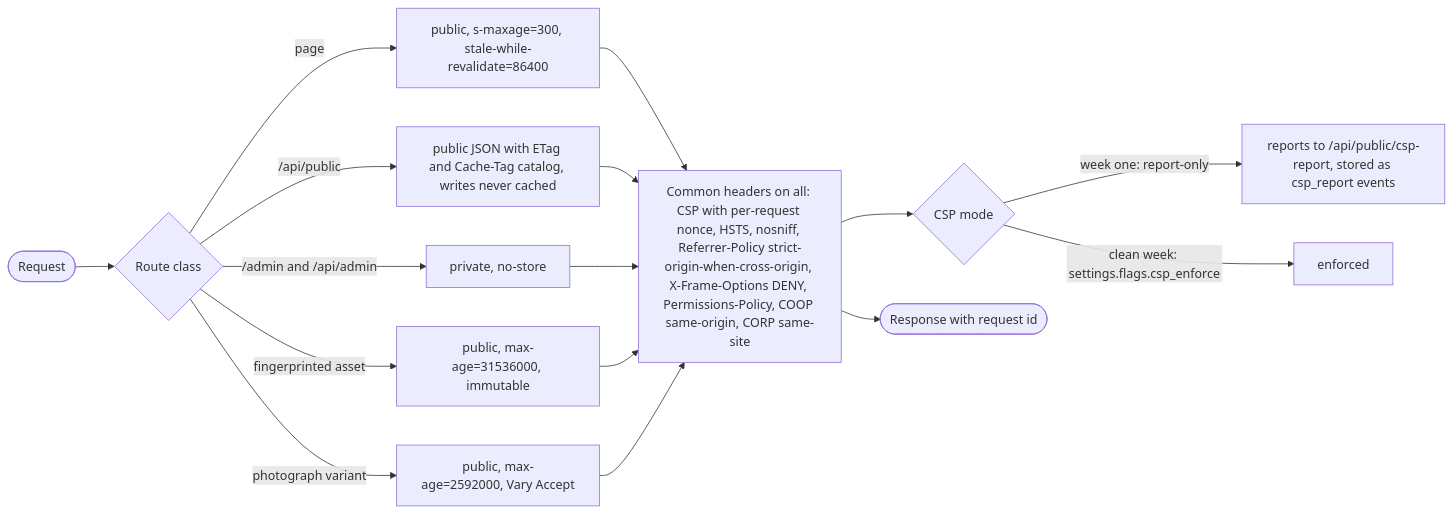
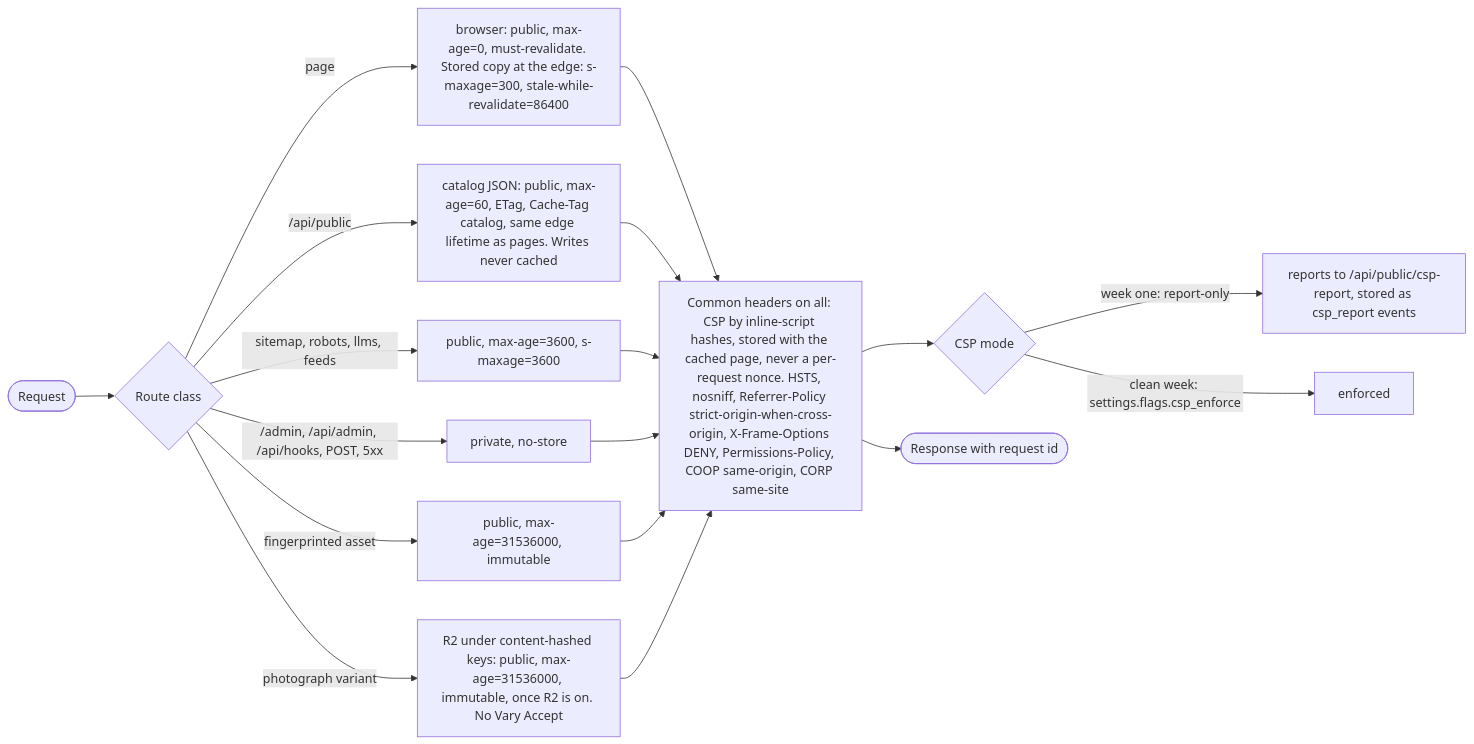
One commit to AbdulrahmanAmer/matter-of-place changed the first of 3 diagrams in workspace/03-diagrams/essentials.md. Above: the diagram before and after it, drawn with Mermaid. The commit also changed other lines of this file and 104 other files, not shown here.

First line of the commit message:
Traceability audit rounds 5 and 6; diagrams brought in line with the plans; rulings G58 to G65

````diff
--- a/workspace/03-diagrams/essentials.md
+++ b/workspace/03-diagrams/essentials.md
@@ -8,14 +8,15 @@
 ```mermaid
 flowchart LR
   REQ([Request]) --> CLS{Route class}
-  CLS -->|page| PG["public, s-maxage=300, stale-while-revalidate=86400"]
-  CLS -->|"/api/public"| AP["public JSON with ETag and Cache-Tag catalog, writes never cached"]
-  CLS -->|"/admin and /api/admin"| AD["private, no-store"]
+  CLS -->|page| PG["browser: public, max-age=0, must-revalidate. Stored copy at the edge: s-maxage=300, stale-while-revalidate=86400"]
+  CLS -->|"/api/public"| AP["catalog JSON: public, max-age=60, ETag, Cache-Tag catalog, same edge lifetime as pages. Writes never cached"]
+  CLS -->|"sitemap, robots, llms, feeds"| DOC["public, max-age=3600, s-maxage=3600"]
+  CLS -->|"/admin, /api/admin, /api/hooks, POST, 5xx"| AD["private, no-store"]
   CLS -->|fingerprinted asset| AS["public, max-age=31536000, immutable"]
-  CLS -->|photograph variant| IM["public, max-age=2592000, Vary Accept"]
-  PG & AP & AD & AS & IM --> H[Common headers on all: CSP with per-request nonce, HSTS, nosniff, Referrer-Policy strict-origin-when-cross-origin, X-Frame-Options DENY, Permissions-Policy, COOP same-origin, CORP same-site]
+  CLS -->|photograph variant| IM["R2 under content-hashed keys: public, max-age=31536000, immutable, once R2 is on. No Vary Accept"]
+  PG & AP & DOC & AD & AS & IM --> H["Common headers on all: CSP by inline-script hashes, stored with the cached page, never a per-request nonce. HSTS, nosniff, Referrer-Policy strict-origin-when-cross-origin, X-Frame-Options DENY, Permissions-Policy, COOP same-origin, CORP same-site"]
   H --> CSP{CSP mode}
   CSP -->|"week one: report-only"| RPT["reports to /api/public/csp-report, stored as csp_report events"]
   CSP -->|"clean week: settings.flags.csp_enforce"| ENF[enforced]
   H --> OUT([Response with request id])
 ```
````
